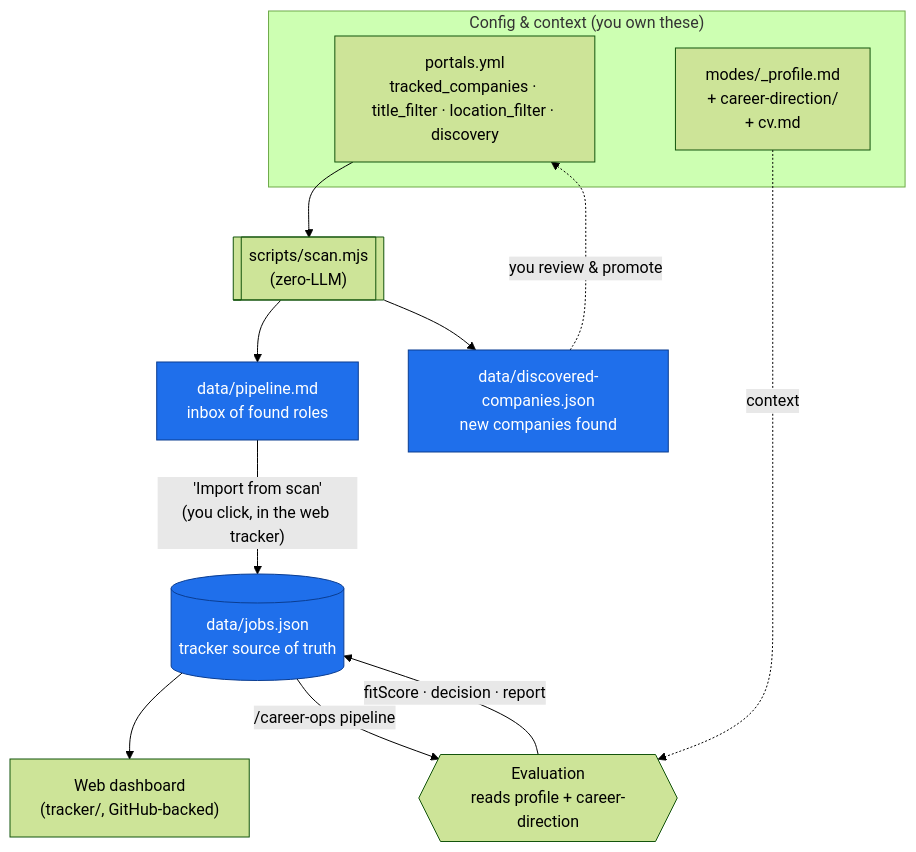
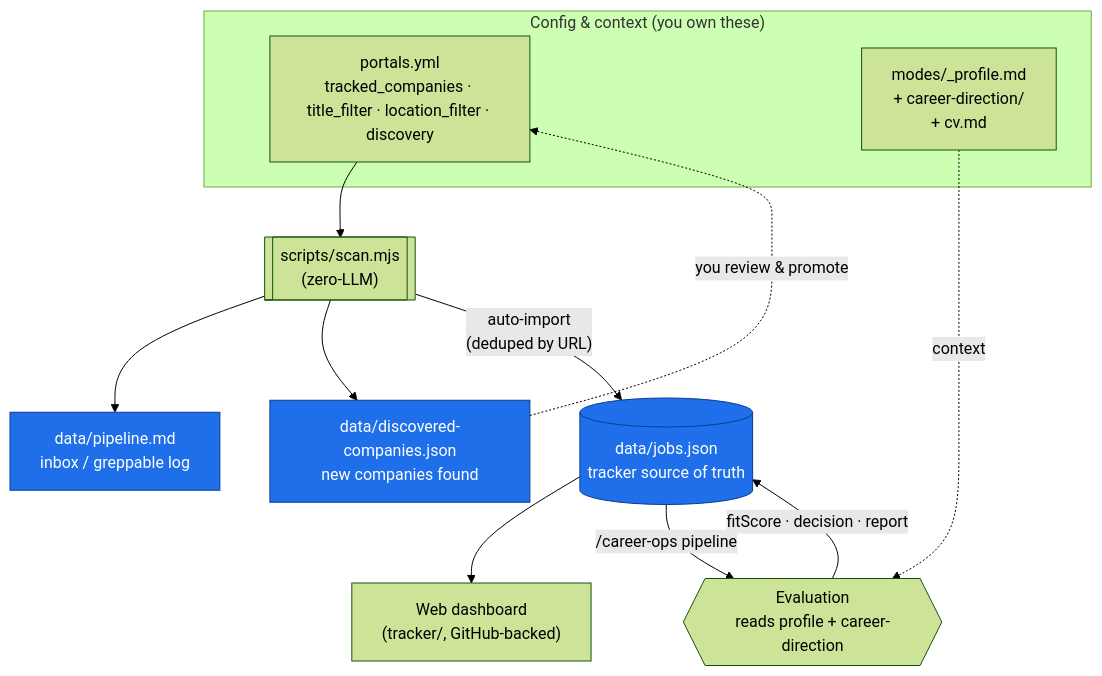
One commit to aliyanamu/career-ops changed the first of 4 diagrams in docs/SCAN-WORKFLOW.md. Above: the diagram before and after it, drawn with Mermaid (forest theme). The commit also changed other lines of this file and 19 other files, not shown here.

First line of the commit message:
feat: scan auto-imports to jobs.json; translate modes to English

````diff
--- a/docs/SCAN-WORKFLOW.md
+++ b/docs/SCAN-WORKFLOW.md
@@ -7,25 +13,25 @@
 ```mermaid
 flowchart TD
     subgraph CFG["Config & context (you own these)"]
         P[portals.yml<br/>tracked_companies · title_filter · location_filter · discovery]
         PROF[modes/_profile.md<br/>+ career-direction/<br/>+ cv.md]
     end
 
     SCAN[["scripts/scan.mjs<br/>(zero-LLM)"]]
     P --> SCAN
 
-    SCAN --> PIPE[data/pipeline.md<br/>inbox of found roles]
+    SCAN --> PIPE[data/pipeline.md<br/>inbox / greppable log]
     SCAN --> DISC[data/discovered-companies.json<br/>new companies found]
+    SCAN -->|"auto-import<br/>(deduped by URL)"| JOBS[(data/jobs.json<br/>tracker source of truth)]
 
-    PIPE -->|"'Import from scan'<br/>(you click, in the web tracker)"| JOBS[(data/jobs.json<br/>tracker source of truth)]
     JOBS --> DASH["Web dashboard<br/>(tracker/, GitHub-backed)"]
 
     JOBS -->|"/career-ops pipeline"| EVAL{{Evaluation<br/>reads profile + career-direction}}
     PROF -. context .-> EVAL
     EVAL -->|fitScore · decision · report| JOBS
 
     DISC -.->|"you review & promote"| P
 
     classDef sot fill:#1f6feb,stroke:#0b3d91,color:#fff;
     class JOBS,DISC,PIPE sot;
 ```
````
